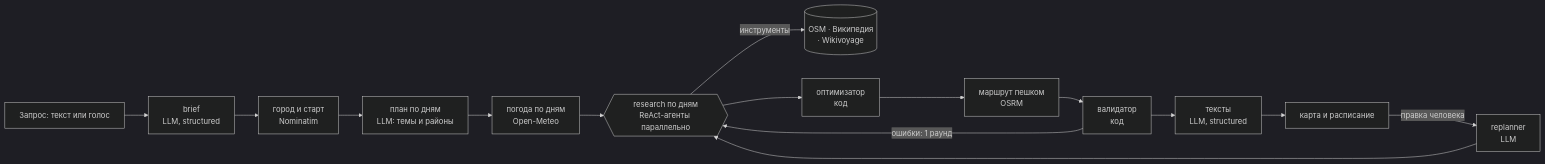
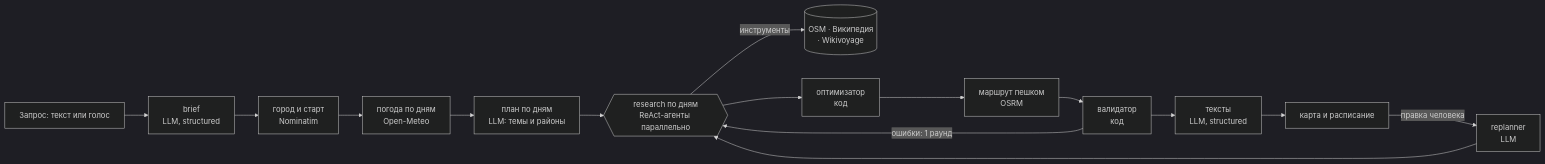
Before and after one commit to dgornin/progulka: the diagram in README.md, drawn with Mermaid (dark theme). The commit also changed other lines of this file and 31 other files, not shown here.

````diff
--- a/README.md
+++ b/README.md
@@ -100,16 +100,16 @@
 ```mermaid
 flowchart LR
     Q[Запрос: текст или голос] --> B[brief<br/>LLM, structured]
     B --> G[город и старт<br/>Nominatim]
-    G --> D[план по дням<br/>LLM: темы и районы]
-    D --> W[погода по дням<br/>Open-Meteo]
-    W --> R{{research по дням<br/>ReAct-агенты параллельно}}
+    G --> W[погода по дням<br/>Open-Meteo]
+    W --> D[план по дням<br/>LLM: темы и районы]
+    D --> R{{research по дням<br/>ReAct-агенты параллельно}}
     R -- инструменты --> S[(OSM · Википедия<br/>· Wikivoyage)]
     R --> O[оптимизатор<br/>код]
     O --> P[маршрут пешком<br/>OSRM]
     P --> V[валидатор<br/>код]
     V -- ошибки: 1 раунд --> R
     V --> T[тексты<br/>LLM, structured]
     T --> U[карта и расписание]
     U -- правка человека --> F[replanner<br/>LLM] --> R
 ```
````
